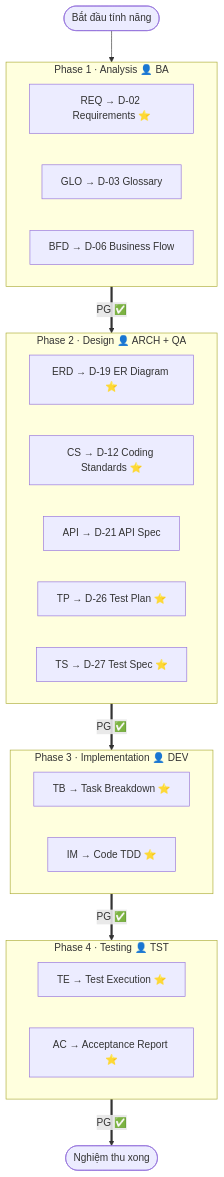
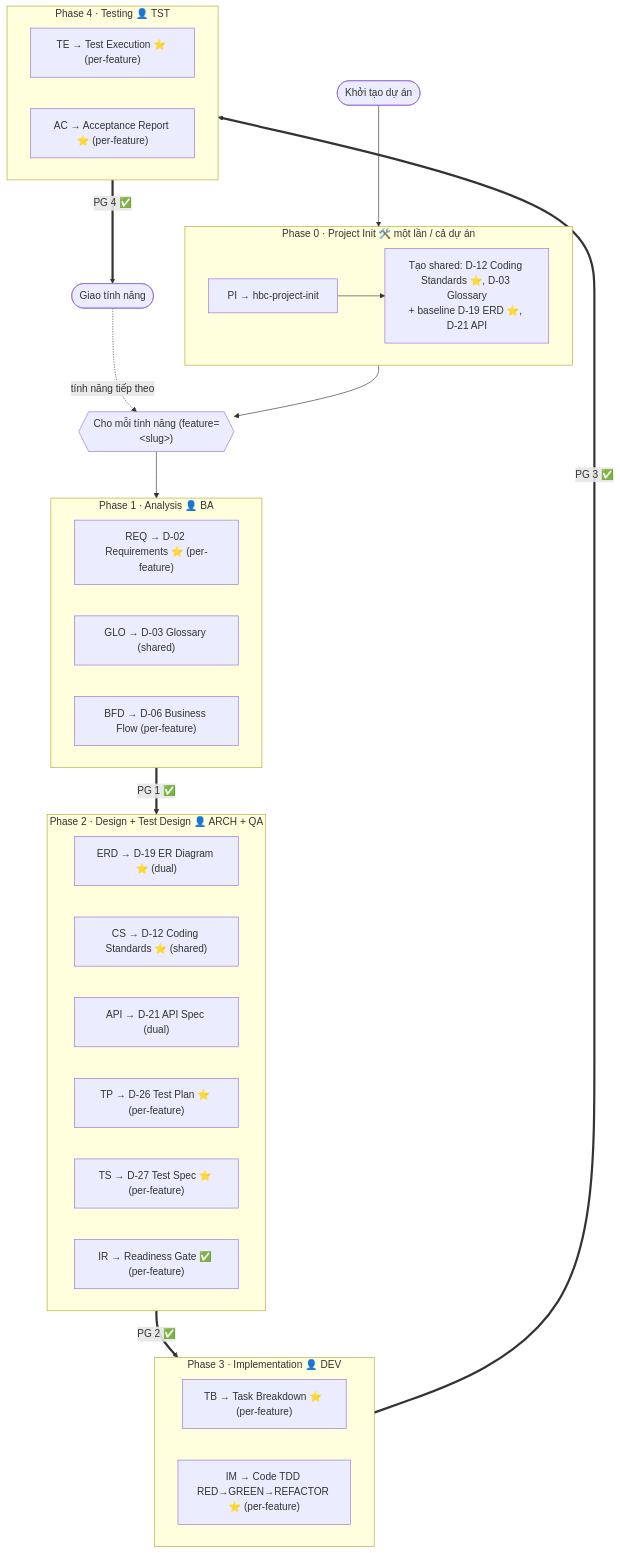
The first of 2 diagrams in docs/vi/tutorials/workflow-map.md (hanh9898/waterfall-bmad-method), drawn with Mermaid before and after one commit. The commit also changed other lines of this file and 29 other files, not shown here.

First line of the commit message:
docs(hbc): đồng bộ toàn bộ tài liệu sang v2 (incremental per-feature + TDD)

````diff
--- a/docs/vi/tutorials/workflow-map.md
+++ b/docs/vi/tutorials/workflow-map.md
@@ -9,33 +17,45 @@
 ```mermaid
 flowchart TD
-    START([Bắt đầu tính năng]) --> P1
+    INIT([Khởi tạo dự án]) --> P0
+
+    subgraph P0["Phase 0 · Project Init 🛠️ một lần / cả dự án"]
+        PI["PI → hbc-project-init"]
+        PISHARED["Tạo shared: D-12 Coding Standards ⭐, D-03 Glossary<br/>+ baseline D-19 ERD ⭐, D-21 API"]
+        PI --> PISHARED
+    end
+
+    P0 --> LOOP{{"Cho mỗi tính năng (feature=&lt;slug&gt;)"}}
+
+    LOOP --> P1
 
     subgraph P1["Phase 1 · Analysis 👤 BA"]
-        REQ["REQ → D-02 Requirements ⭐"]
-        GLO["GLO → D-03 Glossary"]
-        BFD["BFD → D-06 Business Flow"]
+        REQ["REQ → D-02 Requirements ⭐ (per-feature)"]
+        GLO["GLO → D-03 Glossary (shared)"]
+        BFD["BFD → D-06 Business Flow (per-feature)"]
     end
 
-    subgraph P2["Phase 2 · Design 👤 ARCH + QA"]
-        ERD["ERD → D-19 ER Diagram ⭐"]
-        CS["CS → D-12 Coding Standards ⭐"]
-        API["API → D-21 API Spec"]
-        TP["TP → D-26 Test Plan ⭐"]
-        TS["TS → D-27 Test Spec ⭐"]
+    subgraph P2["Phase 2 · Design + Test Design 👤 ARCH + QA"]
+        ERD["ERD → D-19 ER Diagram ⭐ (dual)"]
+        CS["CS → D-12 Coding Standards ⭐ (shared)"]
+        API["API → D-21 API Spec (dual)"]
+        TP["TP → D-26 Test Plan ⭐ (per-feature)"]
+        TS["TS → D-27 Test Spec ⭐ (per-feature)"]
+        IR["IR → Readiness Gate ✅ (per-feature)"]
     end
 
     subgraph P3["Phase 3 · Implementation 👤 DEV"]
-        TB["TB → Task Breakdown ⭐"]
-        IM["IM → Code TDD ⭐"]
+        TB["TB → Task Breakdown ⭐ (per-feature)"]
+        IM["IM → Code TDD RED→GREEN→REFACTOR ⭐ (per-feature)"]
     end
 
     subgraph P4["Phase 4 · Testing 👤 TST"]
-        TE["TE → Test Execution ⭐"]
-        AC["AC → Acceptance Report ⭐"]
+        TE["TE → Test Execution ⭐ (per-feature)"]
+        AC["AC → Acceptance Report ⭐ (per-feature)"]
     end
 
-    P1 ==>|PG ✅| P2
-    P2 ==>|PG ✅| P3
-    P3 ==>|PG ✅| P4
-    P4 ==>|PG ✅| DONE([Nghiệm thu xong])
+    P1 ==>|PG 1 ✅| P2
+    P2 ==>|PG 2 ✅| P3
+    P3 ==>|PG 3 ✅| P4
+    P4 ==>|PG 4 ✅| SHIP([Giao tính năng])
+    SHIP -.->|tính năng tiếp theo| LOOP
 ```
````
